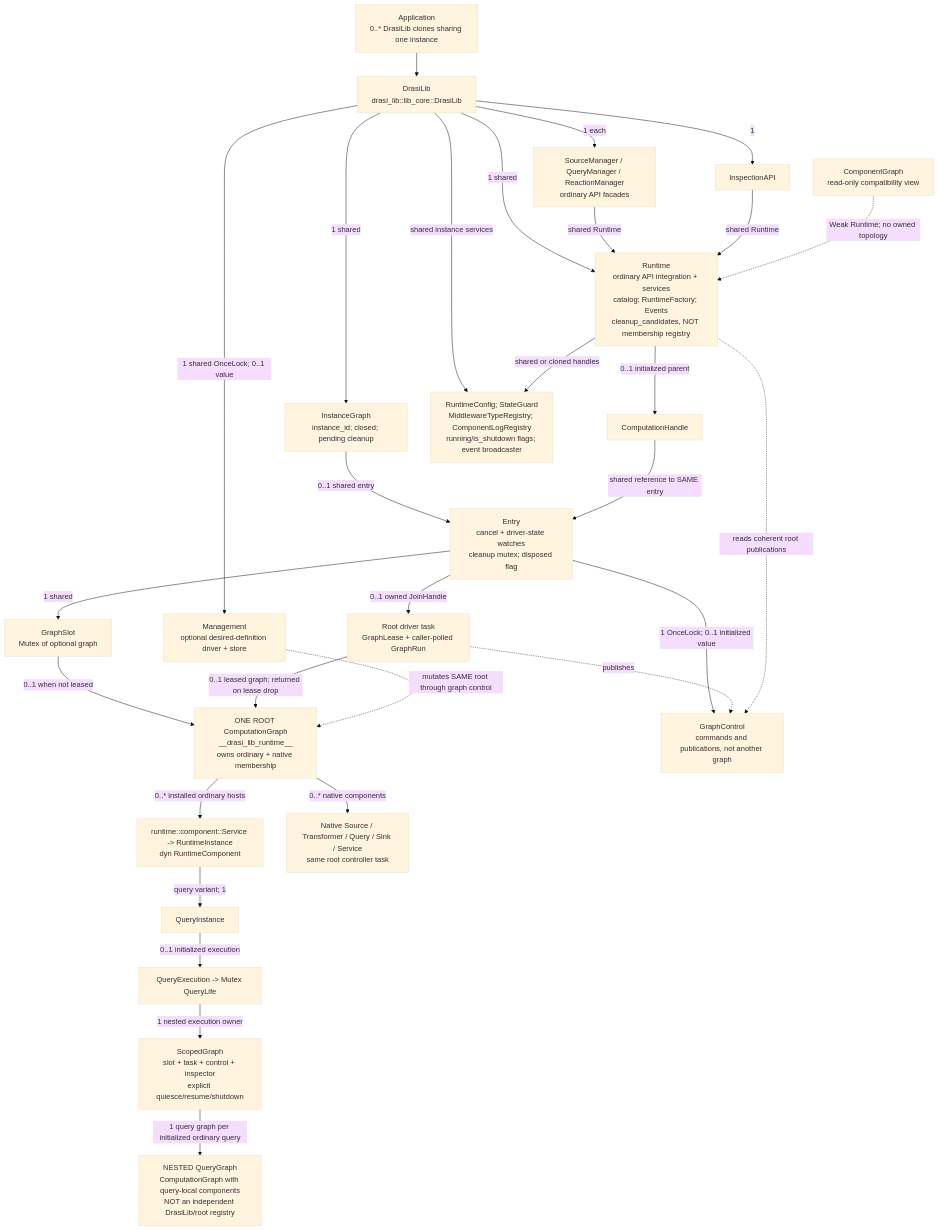
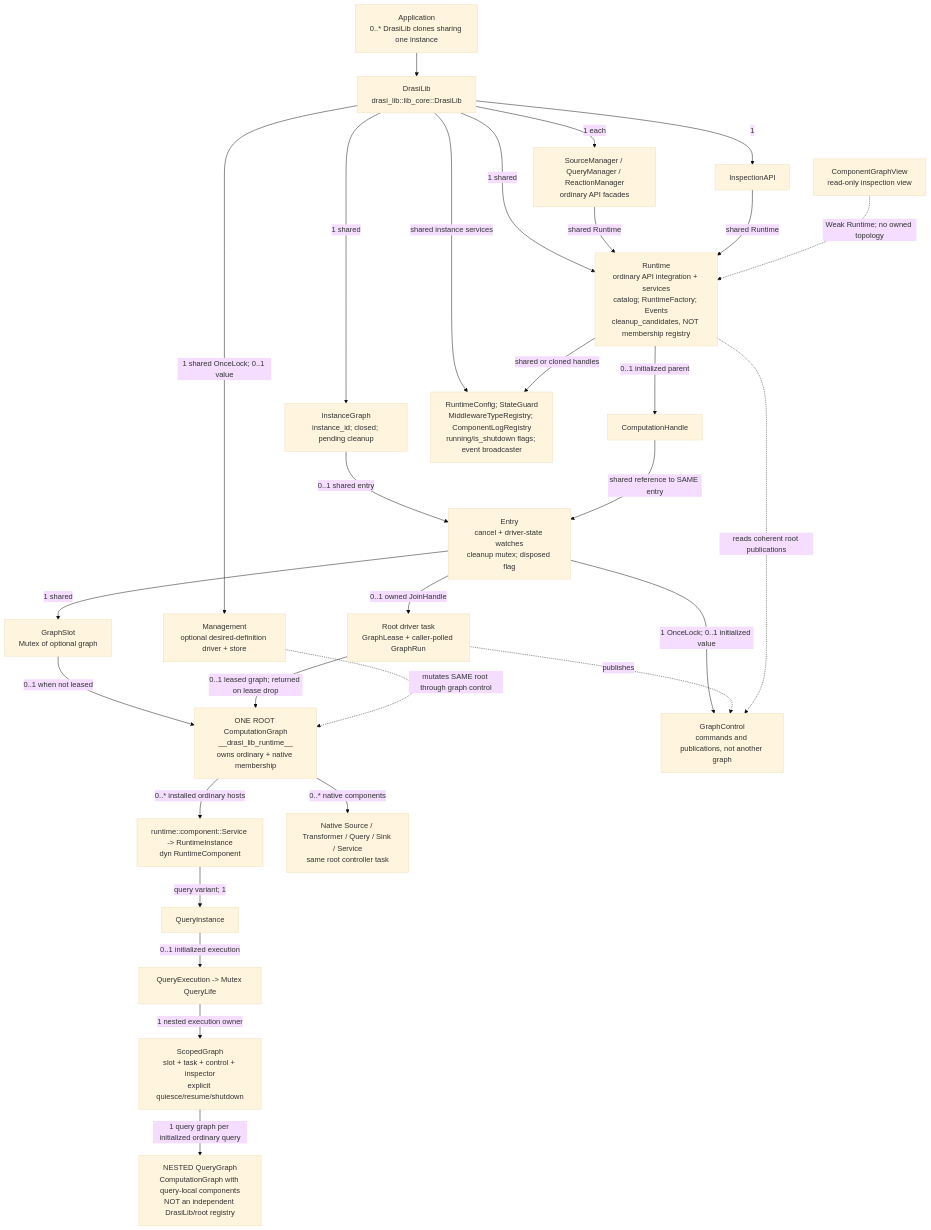
One commit to drasi-project/drasi-core changed the first of 3 diagrams in lib/docs/runtime-architecture.md. Above: the diagram before and after it, drawn with Mermaid (base theme). The commit also changed other lines of this file and 59 other files, not shown here.

````diff
--- a/lib/docs/runtime-architecture.md
+++ b/lib/docs/runtime-architecture.md
@@ -39,34 +39,34 @@
 ```mermaid
 flowchart TB
   app["Application<br/>0..* DrasiLib clones sharing one instance"]
   lib["DrasiLib<br/>drasi_lib::lib_core::DrasiLib"]
   app --> lib
   lib -->|"1 shared"| owner["InstanceGraph<br/>instance_id; closed; pending cleanup"]
   owner -->|"0..1 shared entry"| entry["Entry<br/>cancel + driver-state watches<br/>cleanup mutex; disposed flag"]
   entry -->|"1 shared"| slot["GraphSlot<br/>Mutex of optional graph"]
   entry -->|"0..1 owned JoinHandle"| driver["Root driver task<br/>GraphLease + caller-polled GraphRun"]
   slot -->|"0..1 when not leased"| root["ONE ROOT ComputationGraph<br/>__drasi_lib_runtime__<br/>owns ordinary + native membership"]
   driver -->|"0..1 leased graph; returned on lease drop"| root
   entry -->|"1 OnceLock; 0..1 initialized value"| ctl["GraphControl<br/>commands and publications, not another graph"]
   driver -.->|"publishes"| ctl
   lib -->|"1 shared"| runtime["Runtime<br/>ordinary API integration + services<br/>catalog; RuntimeFactory; Events<br/>cleanup_candidates, NOT membership registry"]
   runtime -->|"0..1 initialized parent"| handle["ComputationHandle"]
   handle -->|"shared reference to SAME entry"| entry
   lib -->|"1 each"| facades["SourceManager / QueryManager / ReactionManager<br/>ordinary API facades"]
   facades -->|"shared Runtime"| runtime
   lib -->|"1"| inspect["InspectionAPI"]
   inspect -->|"shared Runtime"| runtime
-  view["ComponentGraph<br/>read-only compatibility view"]
+  view["ComponentGraphView<br/>read-only inspection view"]
   view -.->|"Weak Runtime; no owned topology"| runtime
   runtime -.->|"reads coherent root publications"| ctl
   lib -->|"1 shared OnceLock; 0..1 value"| management["Management<br/>optional desired-definition driver + store"]
   management -.->|"mutates SAME root through graph control"| root
   lib -->|"shared instance services"| services["RuntimeConfig; StateGuard<br/>MiddlewareTypeRegistry; ComponentLogRegistry<br/>running/is_shutdown flags; event broadcaster"]
   runtime -->|"shared or cloned handles"| services
   root -->|"0..* installed ordinary hosts"| host["runtime::component::Service -> RuntimeInstance<br/>dyn RuntimeComponent"]
   host -->|"query variant; 1"| query["QueryInstance"]
   query -->|"0..1 initialized execution"| execution["QueryExecution -> Mutex QueryLife"]
   execution -->|"1 nested execution owner"| scoped["ScopedGraph<br/>slot + task + control + inspector<br/>explicit quiesce/resume/shutdown"]
   scoped -->|"1 query graph per initialized ordinary query"| nested["NESTED QueryGraph<br/>ComputationGraph with query-local components<br/>NOT an independent DrasiLib/root registry"]
   root -->|"0..* native components"| native["Native Source / Transformer / Query / Sink / Service<br/>same root controller task"]
 ```
````
